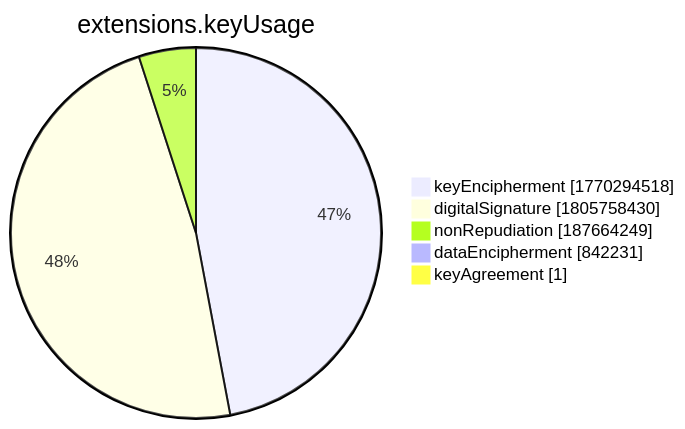
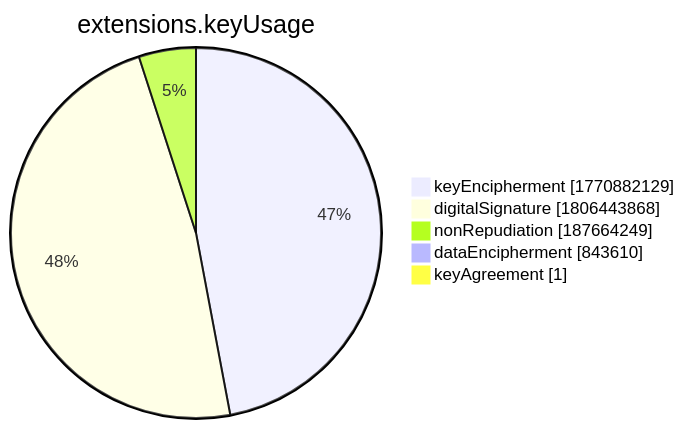
Before and after one commit to christiankrug/ctmonitor_visualization: the seventh of 15 diagrams in xenon2022/README.md, drawn with Mermaid. The commit also changed other lines of this file, not shown here.

````diff
--- a/xenon2022/README.md
+++ b/xenon2022/README.md
@@ -2859,9 +2859,9 @@
 ```mermaid
 pie showData
 title extensions.keyUsage
-"keyEncipherment" :1770294518
-"digitalSignature" :1805758430
+"keyEncipherment" :1770882129
+"digitalSignature" :1806443868
 "nonRepudiation" :187664249
-"dataEncipherment" :842231
+"dataEncipherment" :843610
 "keyAgreement" :1
 ```
````
